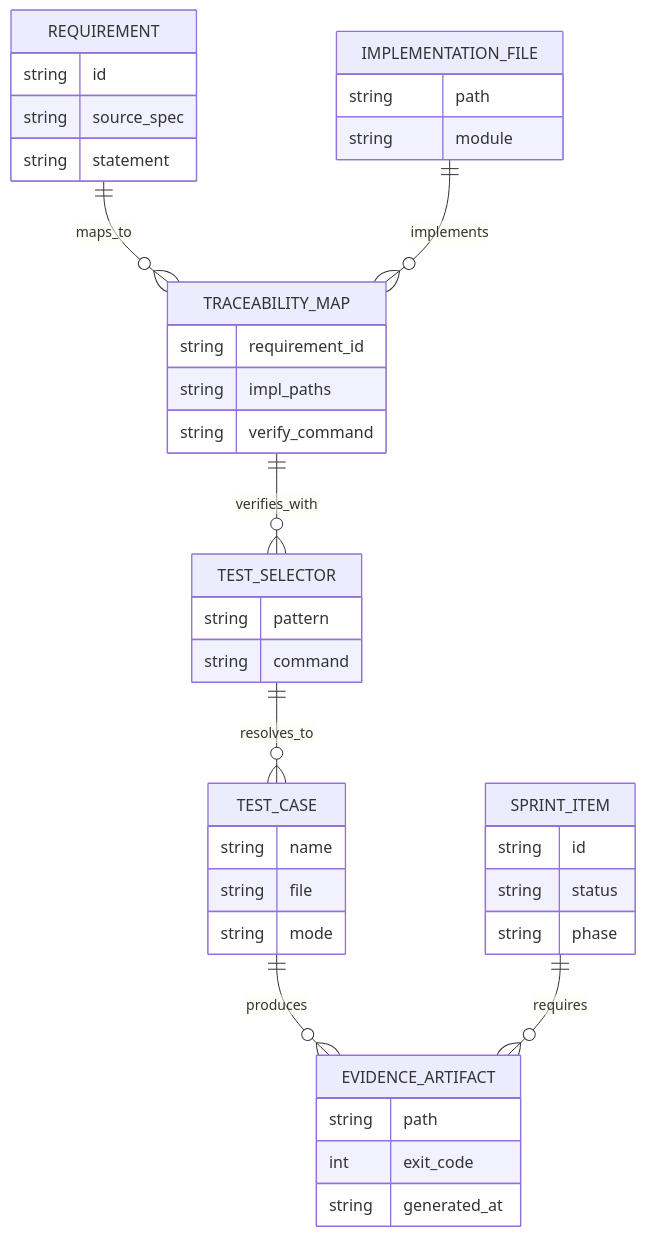
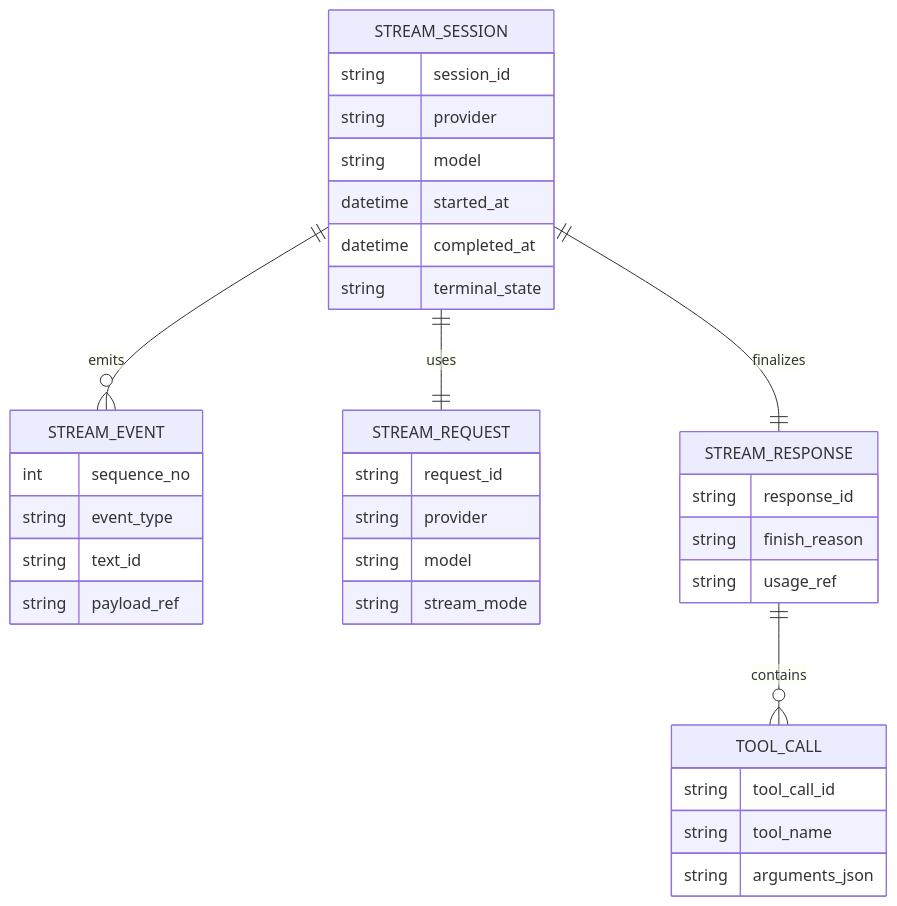
The second of 5 diagrams in docs/sprints/SPRINT-005-comprehensive-implementation-plan.md (jaytaylor/attractor-tcl), drawn with Mermaid before and after one commit. The commit also changed other lines of this file, not shown here.

Commit message:
docs: refresh sprint 005 comprehensive implementation baseline

````diff
--- a/docs/sprints/SPRINT-005-comprehensive-implementation-plan.md
+++ b/docs/sprints/SPRINT-005-comprehensive-implementation-plan.md
@@ -620,43 +609,42 @@
 ```mermaid
 erDiagram
-  REQUIREMENT ||--o{ TRACEABILITY_MAP : maps_to
-  TRACEABILITY_MAP ||--o{ TEST_SELECTOR : verifies_with
-  TEST_SELECTOR ||--o{ TEST_CASE : resolves_to
-  TEST_CASE ||--o{ EVIDENCE_ARTIFACT : produces
-  IMPLEMENTATION_FILE ||--o{ TRACEABILITY_MAP : implements
-  SPRINT_ITEM ||--o{ EVIDENCE_ARTIFACT : requires
+  STREAM_SESSION ||--o{ STREAM_EVENT : emits
+  STREAM_SESSION ||--|| STREAM_REQUEST : uses
+  STREAM_SESSION ||--|| STREAM_RESPONSE : finalizes
+  STREAM_RESPONSE ||--o{ TOOL_CALL : contains
 
-  REQUIREMENT {
-    string id
-    string source_spec
-    string statement
+  STREAM_SESSION {
+    string session_id
+    string provider
+    string model
+    datetime started_at
+    datetime completed_at
+    string terminal_state
   }
-  TRACEABILITY_MAP {
-    string requirement_id
-    string impl_paths
-    string verify_command
+
+  STREAM_REQUEST {
+    string request_id
+    string provider
+    string model
+    string stream_mode
   }
-  TEST_SELECTOR {
-    string pattern
-    string command
+
+  STREAM_EVENT {
+    int sequence_no
+    string event_type
+    string text_id
+    string payload_ref
   }
-  TEST_CASE {
-    string name
-    string file
-    string mode
+
+  STREAM_RESPONSE {
+    string response_id
+    string finish_reason
+    string usage_ref
   }
-  EVIDENCE_ARTIFACT {
-    string path
-    int exit_code
-    string generated_at
-  }
-  IMPLEMENTATION_FILE {
-    string path
-    string module
-  }
-  SPRINT_ITEM {
-    string id
-    string status
-    string phase
+
+  TOOL_CALL {
+    string tool_call_id
+    string tool_name
+    string arguments_json
   }
 ```
````
